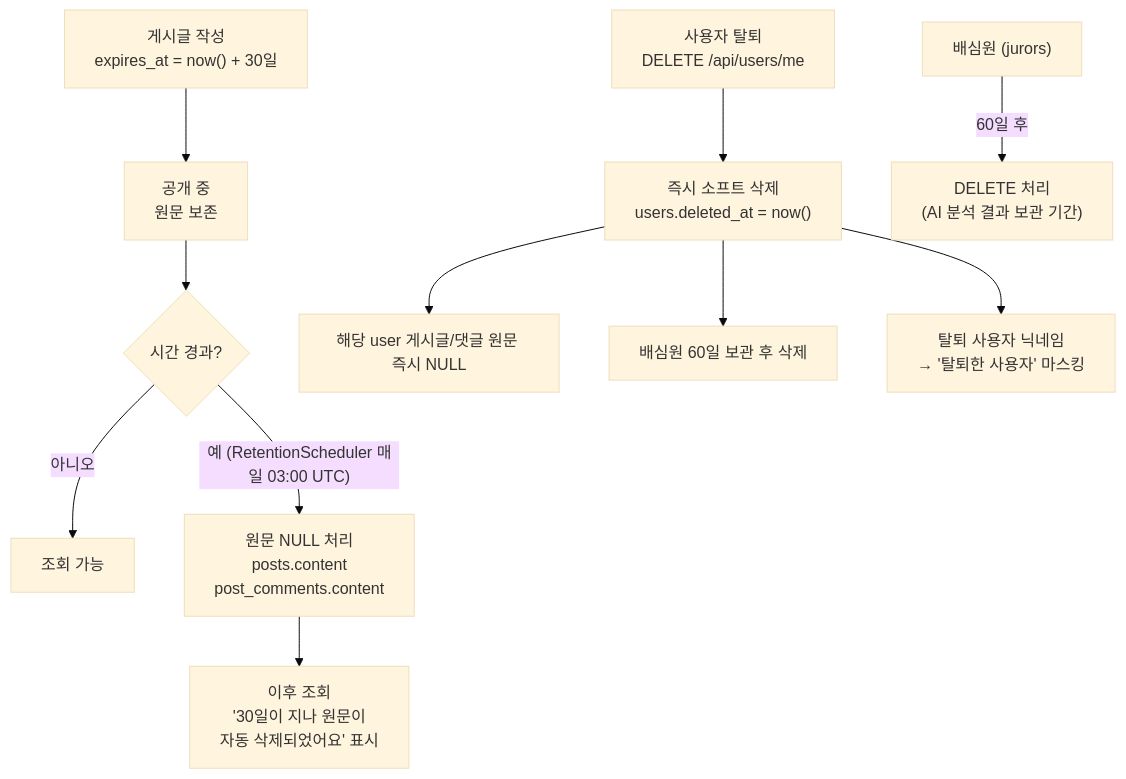
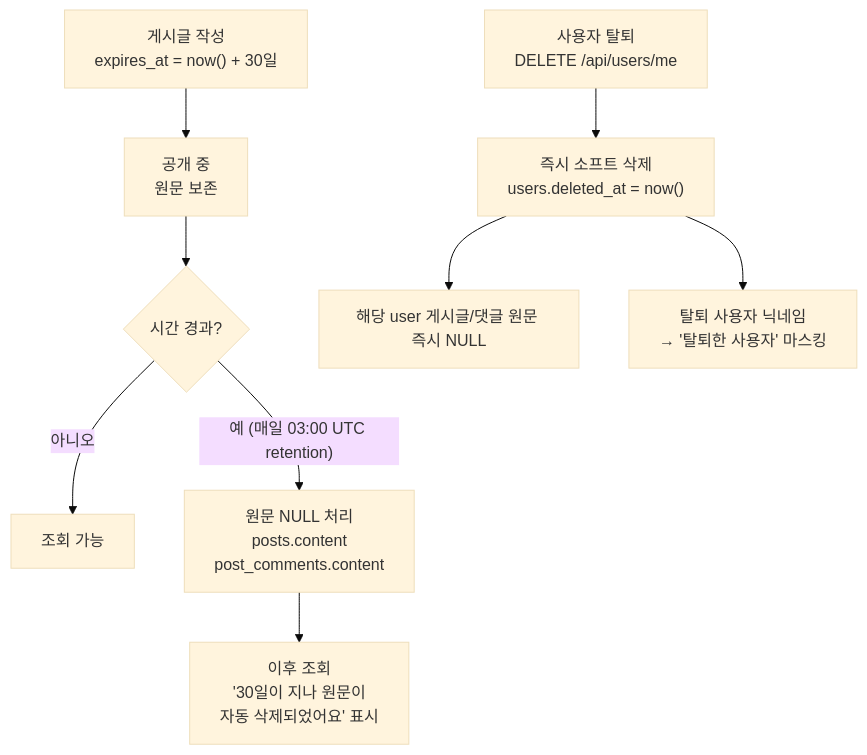
One commit to Justant-source/Again-Spring changed the diagram in docs/shared/policies/data-retention.md. Above: the diagram before and after it, drawn with Mermaid (base theme). The commit also changed other lines of this file and 116 other files, not shown here.

````diff
--- a/docs/shared/policies/data-retention.md
+++ b/docs/shared/policies/data-retention.md
@@ -13,15 +13,12 @@
 ```mermaid
 flowchart TD
     A["게시글 작성\nexpires_at = now() + 30일"] --> B["공개 중\n원문 보존"]
     B --> C{시간 경과?}
     C -->|아니오| D["조회 가능"]
-    C -->|"예 (RetentionScheduler 매일 03:00 UTC)"| E["원문 NULL 처리\nposts.content\npost_comments.content"]
+    C -->|"예 (매일 03:00 UTC retention)"| E["원문 NULL 처리\nposts.content\npost_comments.content"]
     E --> F["이후 조회\n'30일이 지나 원문이\n자동 삭제되었어요' 표시"]
 
     I["사용자 탈퇴\nDELETE /api/users/me"] --> J["즉시 소프트 삭제\nusers.deleted_at = now()"]
     J --> K["해당 user 게시글/댓글 원문 즉시 NULL"]
-    J --> L["배심원 60일 보관 후 삭제"]
     J --> M["탈퇴 사용자 닉네임\n→ '탈퇴한 사용자' 마스킹"]
-
-    N["배심원 (jurors)"] -->|60일 후| O["DELETE 처리\n(AI 분석 결과 보관 기간)"]
 ```
````
